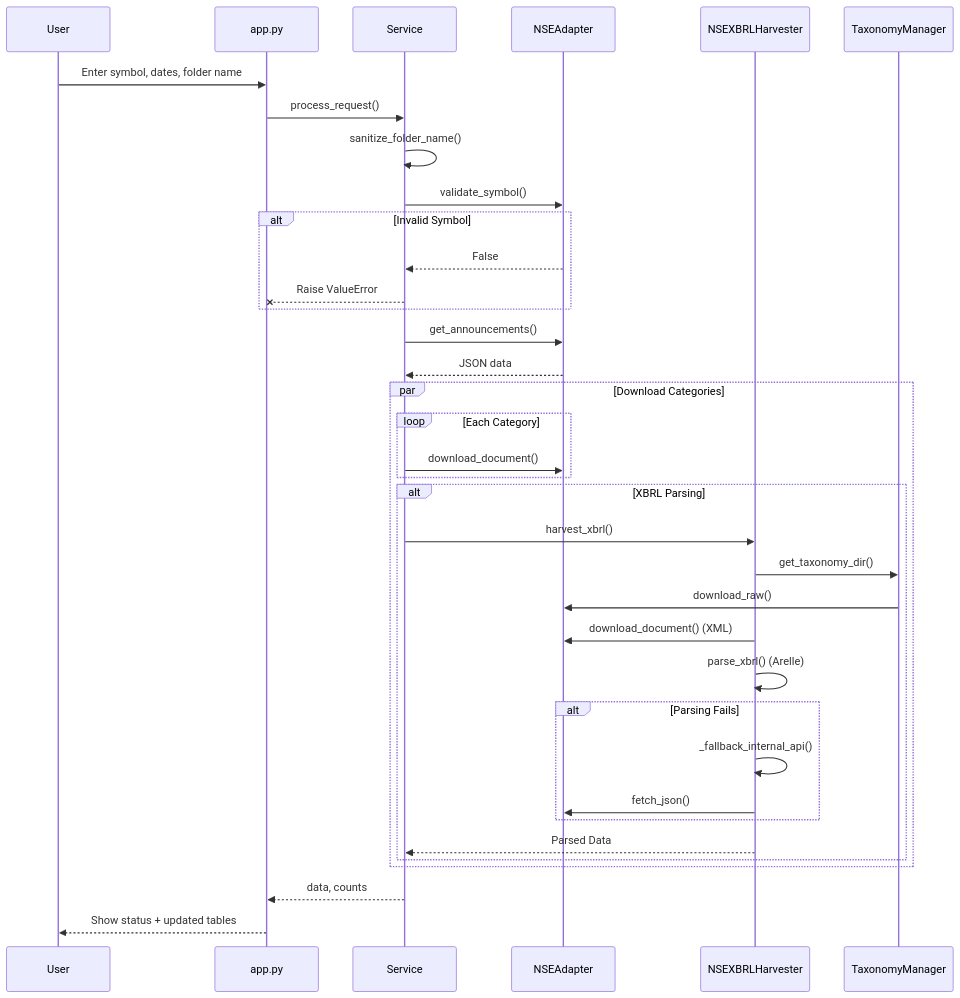
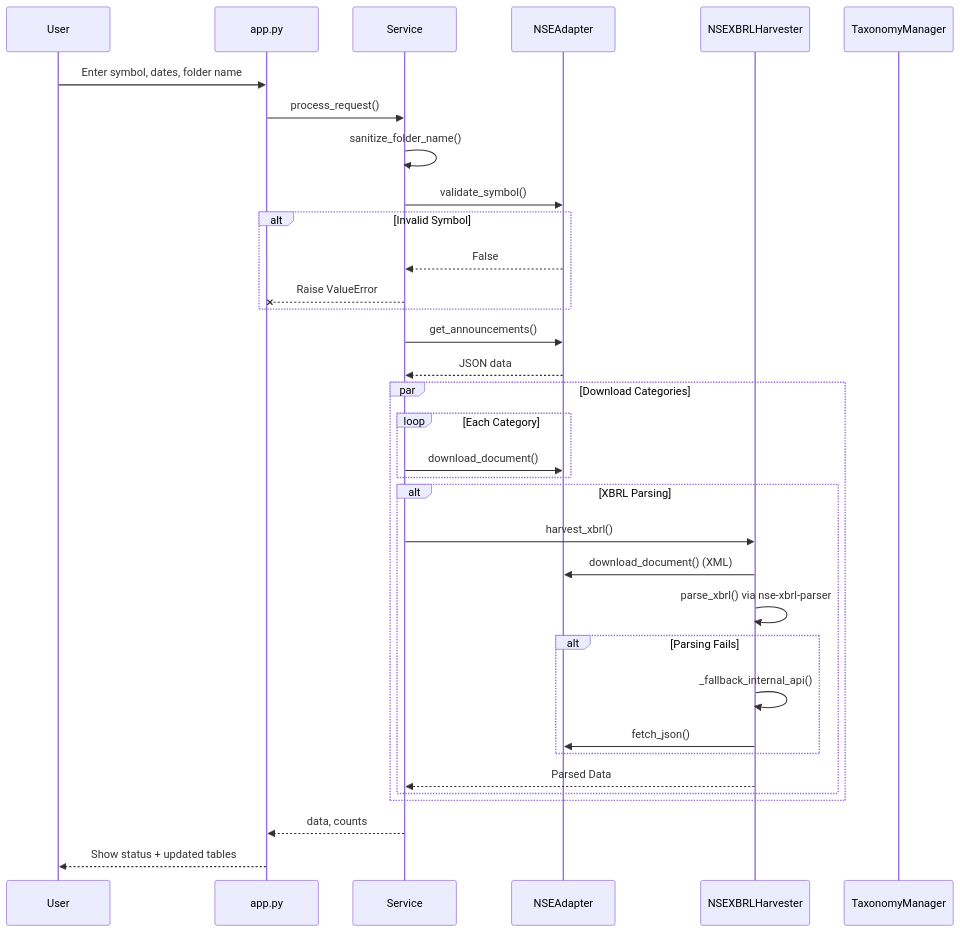
Before and after one commit to eggmasonvalue/KnowledgeLM: the second of 2 diagrams in .context/ARCHITECTURE.md, drawn with Mermaid. The commit also changed other lines of this file and 11 other files, not shown here.

Commit message:
refactor: delegration of xbrl parsing to nse-xbrl-parser

````diff
--- a/.context/ARCHITECTURE.md
+++ b/.context/ARCHITECTURE.md
@@ -173,43 +162,41 @@
 ```mermaid
 sequenceDiagram
     participant U as User
     participant A as app.py
     participant S as Service
     participant N as NSEAdapter
     participant X as NSEXBRLHarvester
     participant T as TaxonomyManager
 
     U->>A: Enter symbol, dates, folder name
     A->>S: process_request()
     S->>S: sanitize_folder_name()
 
     S->>N: validate_symbol()
     alt Invalid Symbol
         N-->>S: False
         S--x A: Raise ValueError
     end
 
     S->>N: get_announcements()
     N-->>S: JSON data
 
     par Download Categories
         loop Each Category
              S->>N: download_document()
         end
         alt XBRL Parsing
              S->>X: harvest_xbrl()
-             X->>T: get_taxonomy_dir()
-             T->>N: download_raw()
              X->>N: download_document() (XML)
-             X->>X: parse_xbrl() (Arelle)
+             X->>X: parse_xbrl() via nse-xbrl-parser
              alt Parsing Fails
                 X->>X: _fallback_internal_api()
                 X->>N: fetch_json()
              end
              X-->>S: Parsed Data
         end
     end
 
     S-->>A: data, counts
     A-->>U: Show status + updated tables
 ```
````
